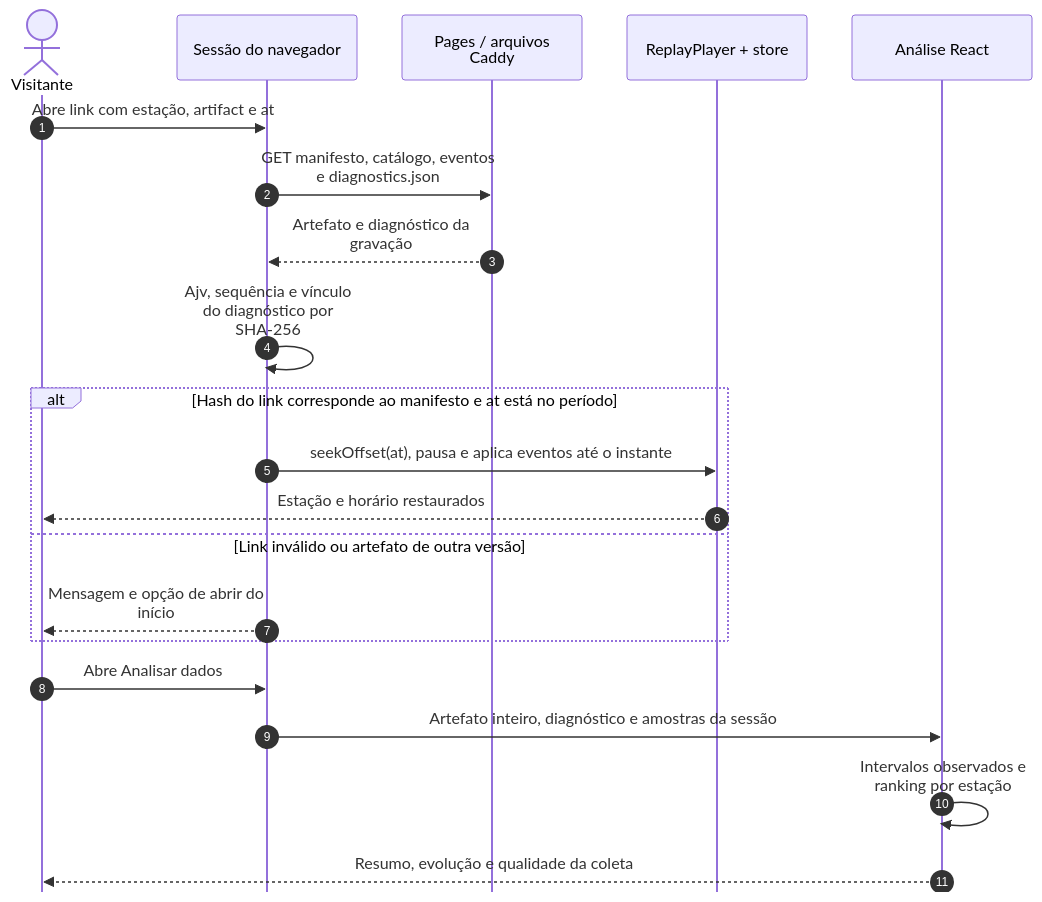
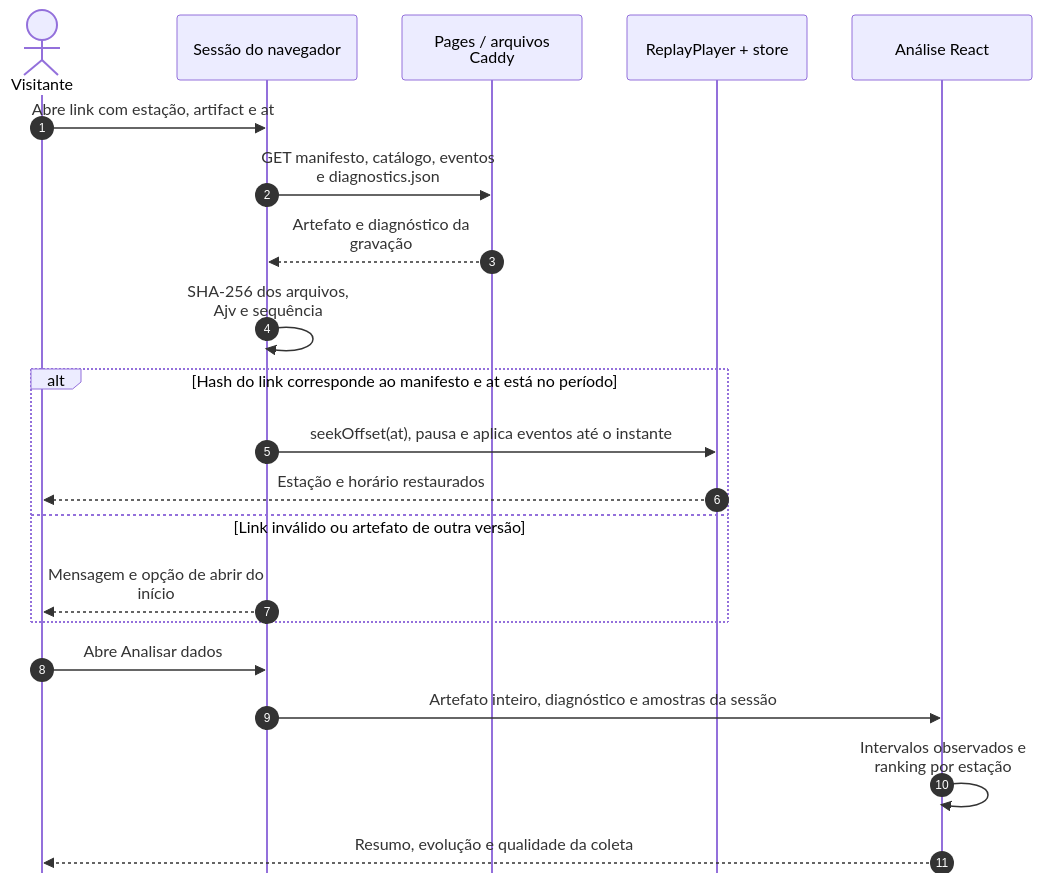
Before and after one commit to arthurjoanes/cycleops: the third of 3 diagrams in docs/architecture.md, drawn with Mermaid. The commit also changed other lines of this file and 18 other files, not shown here.

````diff
--- a/docs/architecture.md
+++ b/docs/architecture.md
@@ -115,34 +115,34 @@
 ```mermaid
 ---
 config:
   sequence:
     wrap: true
     width: 180
     actorMargin: 45
     messageFontSize: 16
     noteFontSize: 16
     mirrorActors: false
 ---
 sequenceDiagram
     autonumber
     actor Reader as Visitante
     participant Web as Sessão do navegador
     participant Files as Pages / arquivos Caddy
     participant Player as ReplayPlayer + store
     participant Analysis as Análise React
 
     Reader->>Web: Abre link com estação, artifact e at
     Web->>Files: GET manifesto, catálogo, eventos e diagnostics.json
     Files-->>Web: Artefato e diagnóstico da gravação
-    Web->>Web: Ajv, sequência e vínculo do diagnóstico por SHA-256
+    Web->>Web: SHA-256 dos arquivos, Ajv e sequência
     alt Hash do link corresponde ao manifesto e at está no período
         Web->>Player: seekOffset(at), pausa e aplica eventos até o instante
         Player-->>Reader: Estação e horário restaurados
     else Link inválido ou artefato de outra versão
         Web-->>Reader: Mensagem e opção de abrir do início
     end
     Reader->>Web: Abre Analisar dados
     Web->>Analysis: Artefato inteiro, diagnóstico e amostras da sessão
     Analysis->>Analysis: Intervalos observados e ranking por estação
     Analysis-->>Reader: Resumo, evolução e qualidade da coleta
 ```
````
